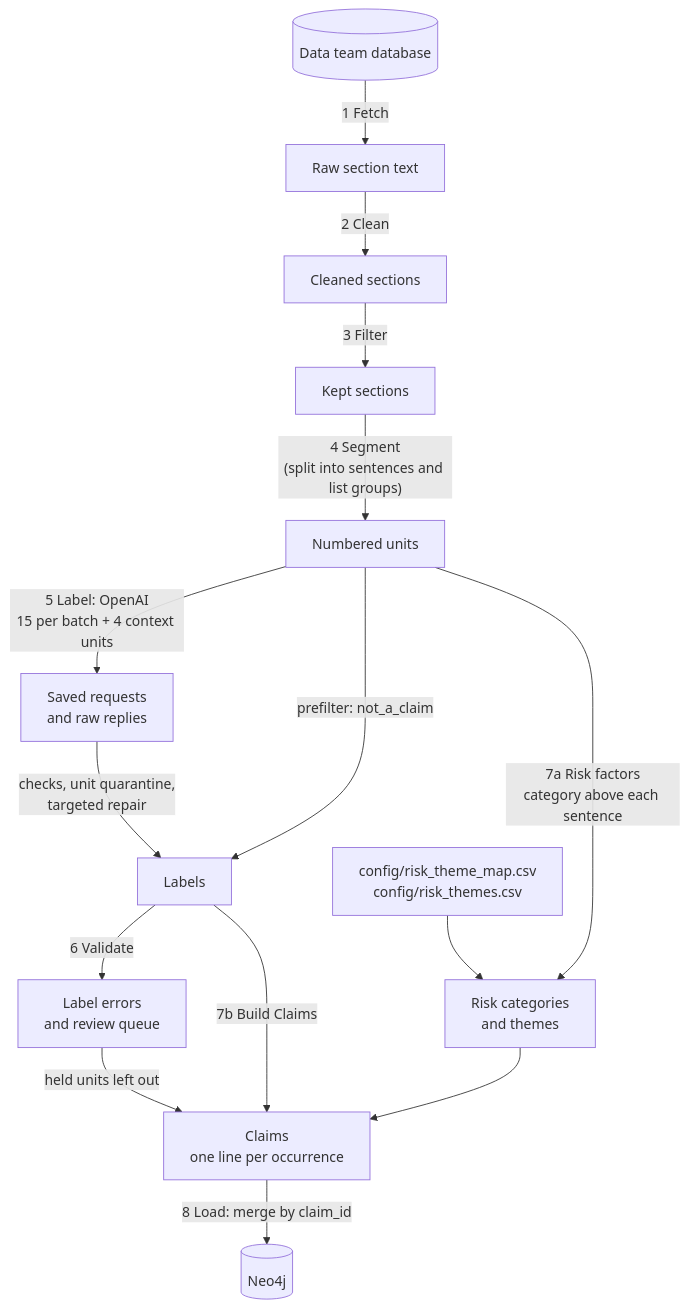
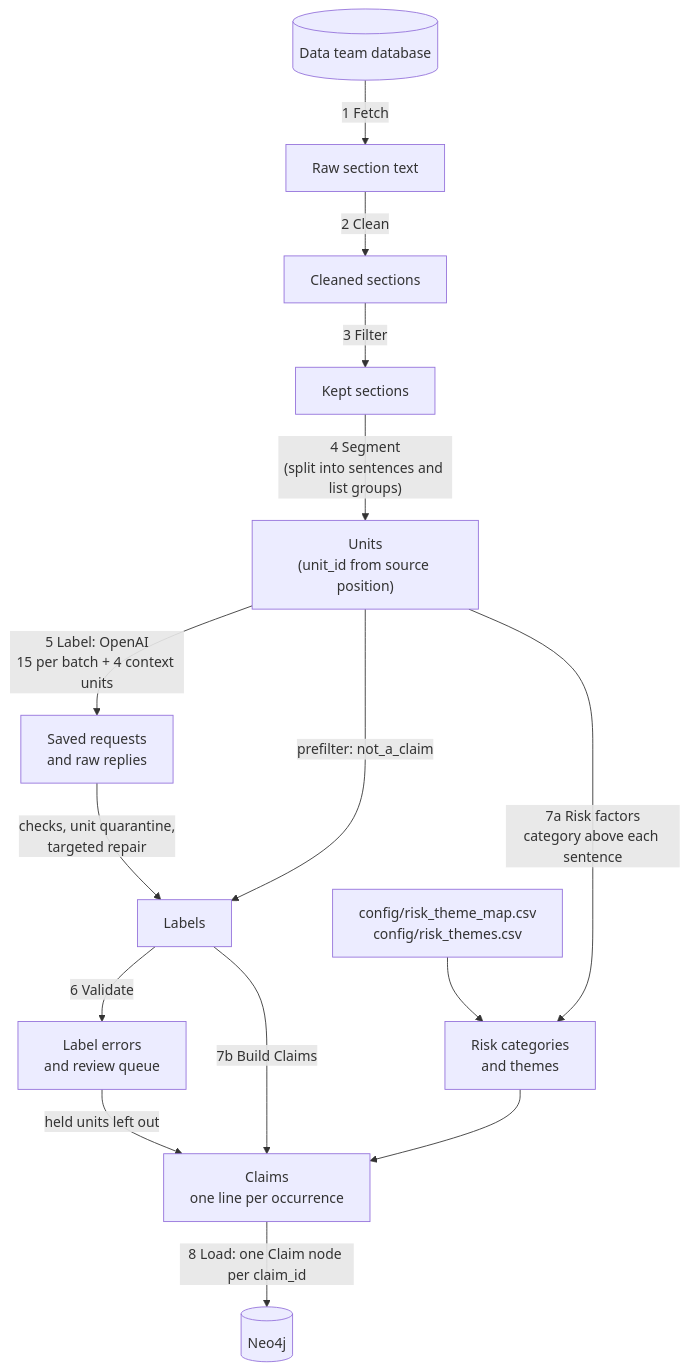
The diagram in extraction_pipeline/README.md (ZiyiClaudiaWang/KPMG-GraphRAG), drawn with Mermaid before and after one commit. The commit also changed other lines of this file and 10 other files, not shown here.

First line of the commit message:
Anchor unit and claim ids to source spans; release multi-fragment units (fixes #45)

````diff
--- a/extraction_pipeline/README.md
+++ b/extraction_pipeline/README.md
@@ -74,17 +76,17 @@
 ```mermaid
 flowchart TD
     DB[("Data team database")] -->|"1 Fetch"| SEC["Raw section text"]
     SEC -->|"2 Clean"| CLN["Cleaned sections"]
     CLN -->|"3 Filter"| MAN["Kept sections"]
-    MAN -->|"4 Segment<br/>(split into sentences and list groups)"| UNITS["Numbered units"]
+    MAN -->|"4 Segment<br/>(split into sentences and list groups)"| UNITS["Units<br/>(unit_id from source position)"]
     UNITS -->|"5 Label: OpenAI<br/>15 per batch + 4 context units"| CACHE["Saved requests<br/>and raw replies"]
     CACHE -->|"checks, unit quarantine,<br/>targeted repair"| LAB["Labels"]
     UNITS -->|"prefilter: not_a_claim"| LAB
     LAB -->|"6 Validate"| REV["Label errors<br/>and review queue"]
     UNITS -->|"7a Risk factors<br/>category above each sentence"| RF["Risk categories<br/>and themes"]
     MAP["config/risk_theme_map.csv<br/>config/risk_themes.csv"] --> RF
     LAB -->|"7b Build Claims"| CLM["Claims<br/>one line per occurrence"]
     RF --> CLM
     REV -->|"held units left out"| CLM
-    CLM -->|"8 Load: merge by claim_id"| NEO[("Neo4j")]
+    CLM -->|"8 Load: one Claim node per claim_id"| NEO[("Neo4j")]
 ```
````
